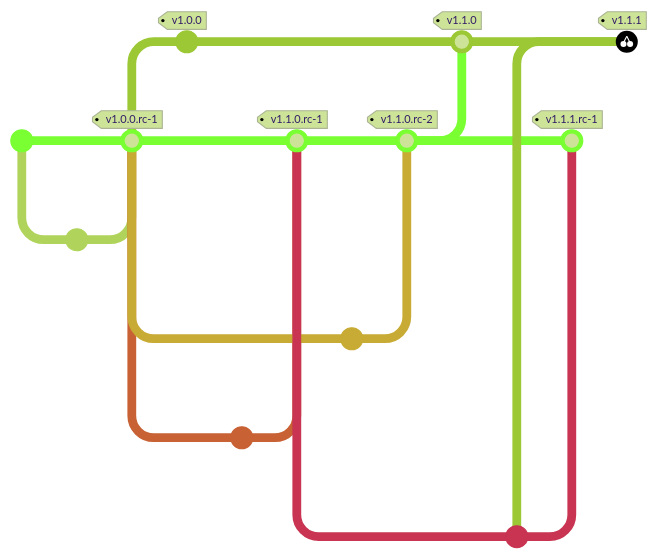
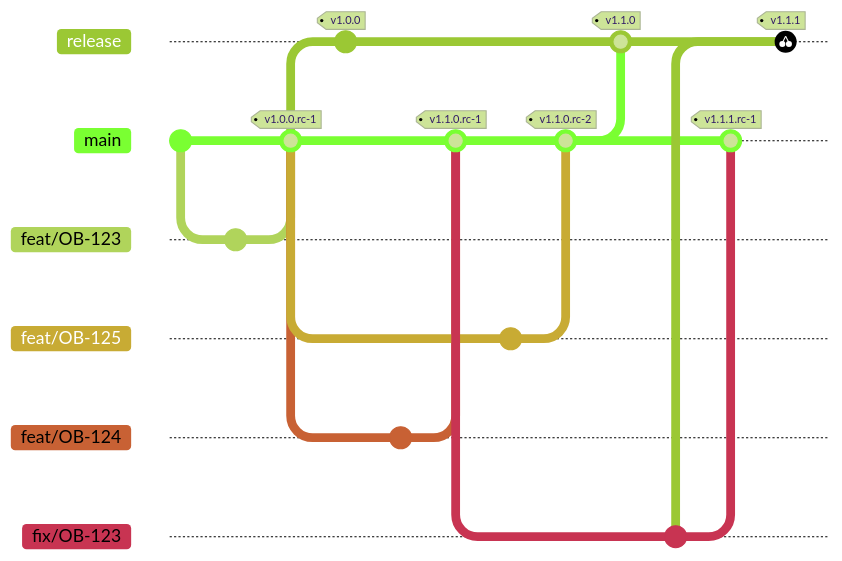
Before and after one commit to BuildOnBeam/symrel: the diagram in README.MD, drawn with Mermaid (forest theme). Commit ids are hidden.

````diff
--- a/README.MD
+++ b/README.MD
@@ -31,47 +31,47 @@
 ```mermaid
-%%{init: { 'gitGraph': {'showBranches': false, 'mainBranchOrder': 1}} }%%
+%%{init: { 'gitGraph': {'mainBranchOrder': 1}} }%%
 gitGraph
     commit id: "initial"
 
 
     branch feat/OB-123 order: 2
     checkout feat/OB-123
     commit id: "feat(OB-123): create menu"
     checkout main
     merge feat/OB-123 tag: "v1.0.0.rc-1"
 
     branch release order: 0
     checkout release
     commit  tag: "v1.0.0"
     checkout main
 
 
     branch feat/OB-125 order: 3
     branch feat/OB-124 order: 4
     checkout feat/OB-124
     commit id: "feat(OB-124): create navigation"
     checkout main
     merge feat/OB-124 tag: "v1.1.0.rc-1"
 
     branch fix/OB-123 order: 5
     checkout feat/OB-125
     commit id: "feat(OB-125): create login"
     checkout main
     merge feat/OB-125 tag: "v1.1.0.rc-2"
 
     checkout release
     merge main tag: "v1.1.0"
     checkout main
 
 
     checkout fix/OB-123
     commit id: "fix(OB-123): fix menu"
     checkout main
     merge fix/OB-123 tag: "v1.1.1.rc-1"
 
     checkout release
     cherry-pick id: "fix(OB-123): fix menu" tag: "v1.1.1"
 
     checkout main
 
 ```
````
